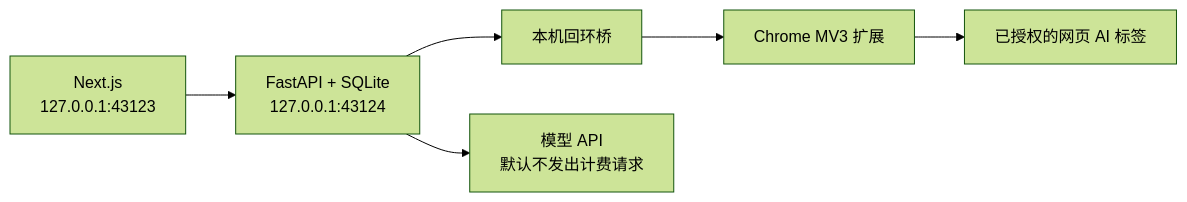
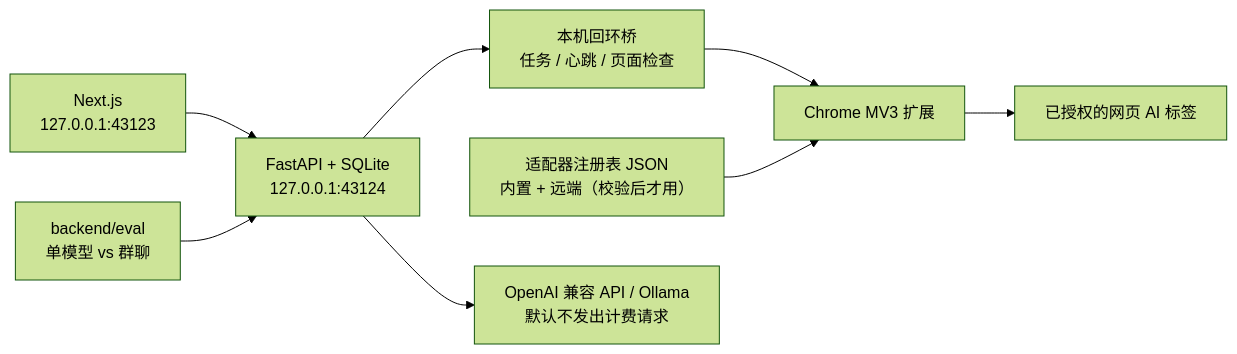
One commit to tahffo68hk-hash/chatclumer changed the diagram in README.md. Above: the diagram before and after it, drawn with Mermaid (forest theme). The commit also changed other lines of this file and 2 other files, not shown here.

Commit message:
0.5.0 docs: competitor approaches + desktop/packaging handoff spec, README architecture and roadmap

````diff
--- a/README.md
+++ b/README.md
@@ -99,8 +109,10 @@
 ```mermaid
 flowchart LR
   UI["Next.js<br/>127.0.0.1:43123"] --> API["FastAPI + SQLite<br/>127.0.0.1:43124"]
-  API --> Bridge["本机回环桥"]
+  API --> Bridge["本机回环桥<br/>任务 / 心跳 / 页面检查"]
   Bridge --> Ext["Chrome MV3 扩展"]
+  Reg["适配器注册表 JSON<br/>内置 + 远端（校验后才用）"] --> Ext
   Ext --> Tabs["已授权的网页 AI 标签"]
-  API --> Providers["模型 API<br/>默认不发出计费请求"]
+  API --> Providers["OpenAI 兼容 API / Ollama<br/>默认不发出计费请求"]
+  Eval["backend/eval<br/>单模型 vs 群聊"] --> API
 ```
````
